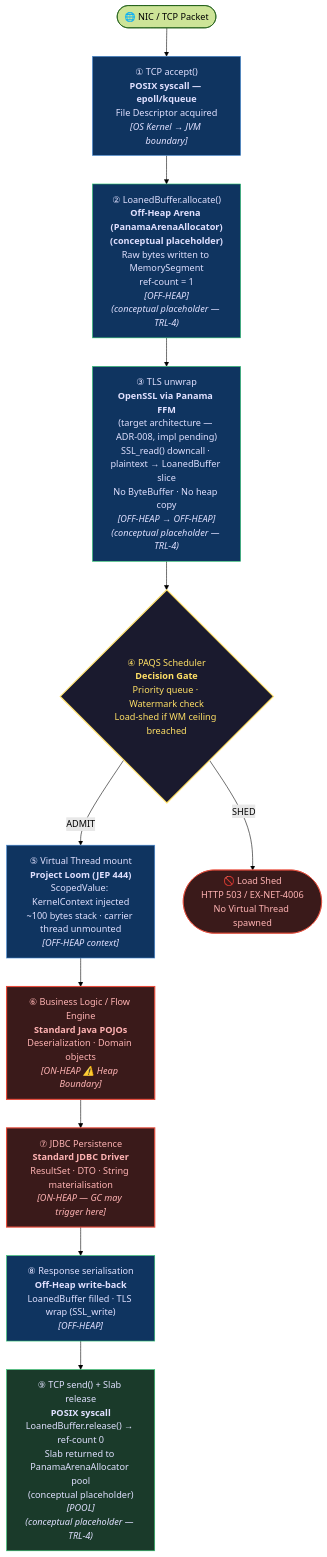
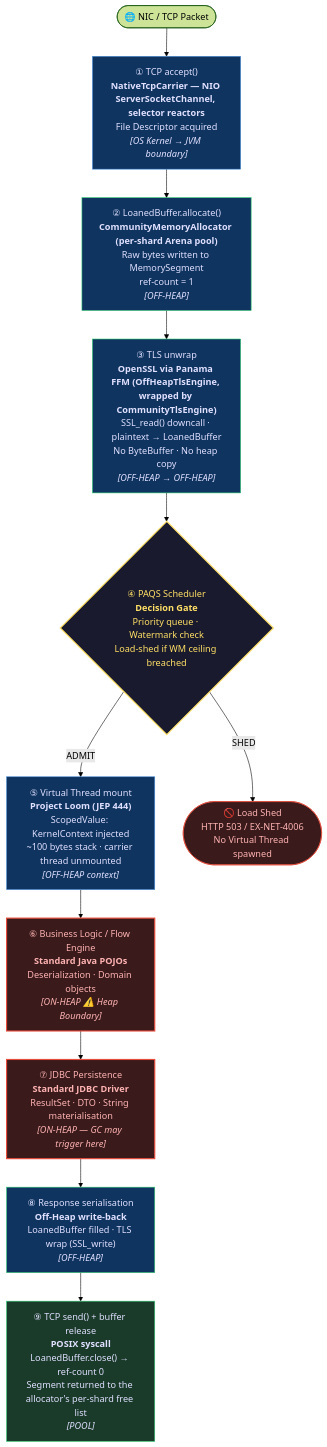
The diagram in docs/modules/03-community.md (exeris-systems/exeris-kernel), drawn with Mermaid (forest theme) before and after one commit. The commit also changed other lines of this file and 678 other files, not shown here.

````diff
--- a/docs/modules/03-community.md
+++ b/docs/modules/03-community.md
@@ -28,37 +42,37 @@
 ```mermaid
 flowchart TD
     NIC(["🌐 NIC / TCP Packet"])
 
-    A["① TCP accept()\n<b>POSIX syscall — epoll/kqueue</b>\nFile Descriptor acquired\n<i>[OS Kernel → JVM boundary]</i>"]
+    A["① TCP accept()\n<b>NativeTcpCarrier — NIO ServerSocketChannel, selector reactors</b>\nFile Descriptor acquired\n<i>[OS Kernel → JVM boundary]</i>"]
 
-    B["② LoanedBuffer.allocate()\n<b>Off-Heap Arena (PanamaArenaAllocator)\n(conceptual placeholder)</b>\nRaw bytes written to MemorySegment\nref-count = 1\n<i>[OFF-HEAP]</i>\n<i>(conceptual placeholder — TRL-4)</i>"]
+    B["② LoanedBuffer.allocate()\n<b>CommunityMemoryAllocator (per-shard Arena pool)</b>\nRaw bytes written to MemorySegment\nref-count = 1\n<i>[OFF-HEAP]</i>"]
 
-    C["③ TLS unwrap\n<b>OpenSSL via Panama FFM</b>\n(target architecture — ADR-008, impl pending)\nSSL_read() downcall · plaintext → LoanedBuffer slice\nNo ByteBuffer · No heap copy\n<i>[OFF-HEAP → OFF-HEAP]</i>\n<i>(conceptual placeholder — TRL-4)</i>"]
+    C["③ TLS unwrap\n<b>OpenSSL via Panama FFM (OffHeapTlsEngine, wrapped by CommunityTlsEngine)</b>\nSSL_read() downcall · plaintext → LoanedBuffer\nNo ByteBuffer · No heap copy\n<i>[OFF-HEAP → OFF-HEAP]</i>"]
 
     D{"④ PAQS Scheduler\n<b>Decision Gate</b>\nPriority queue · Watermark check\nLoad-shed if WM ceiling breached"}
 
     E["⑤ Virtual Thread mount\n<b>Project Loom (JEP 444)</b>\nScopedValue: KernelContext injected\n~100 bytes stack · carrier thread unmounted\n<i>[OFF-HEAP context]</i>"]
 
     F["⑥ Business Logic / Flow Engine\n<b>Standard Java POJOs</b>\nDeserialization · Domain objects\n<i>[ON-HEAP ⚠️ Heap Boundary]</i>"]
 
     G["⑦ JDBC Persistence\n<b>Standard JDBC Driver</b>\nResultSet · DTO · String materialisation\n<i>[ON-HEAP — GC may trigger here]</i>"]
 
     H["⑧ Response serialisation\n<b>Off-Heap write-back</b>\nLoanedBuffer filled · TLS wrap (SSL_write)\n<i>[OFF-HEAP]</i>"]
 
-    I["⑨ TCP send() + Slab release\n<b>POSIX syscall</b>\nLoanedBuffer.release() → ref-count 0\nSlab returned to PanamaArenaAllocator pool\n(conceptual placeholder)\n<i>[POOL]</i>\n<i>(conceptual placeholder — TRL-4)</i>"]
+    I["⑨ TCP send() + buffer release\n<b>POSIX syscall</b>\nLoanedBuffer.close() → ref-count 0\nSegment returned to the allocator's per-shard free list\n<i>[POOL]</i>"]
 
     NIC --> A --> B --> C --> D
     D -->|"ADMIT"| E --> F --> G --> H --> I
     D -->|"SHED"| SHED(["🚫 Load Shed\nHTTP 503 / EX-NET-4006\nNo Virtual Thread spawned"])
 
     style A fill:#0f3460,color:#e0e0ff,stroke:#4a90d9
     style B fill:#0f3460,color:#e0e0ff,stroke:#2ecc71
     style C fill:#0f3460,color:#e0e0ff,stroke:#2ecc71
     style D fill:#1a1a2e,color:#ffe066,stroke:#ffe066,stroke-width:2px
     style E fill:#0f3460,color:#e0e0ff,stroke:#4a90d9
     style F fill:#3a1a1a,color:#ffb3b3,stroke:#e74c3c,stroke-width:2px
     style G fill:#3a1a1a,color:#ffb3b3,stroke:#e74c3c,stroke-width:2px
     style H fill:#0f3460,color:#e0e0ff,stroke:#2ecc71
     style I fill:#1a3a2a,color:#e0e0ff,stroke:#2ecc71
     style SHED fill:#3a1a1a,color:#ffb3b3,stroke:#e74c3c
 ```
````
